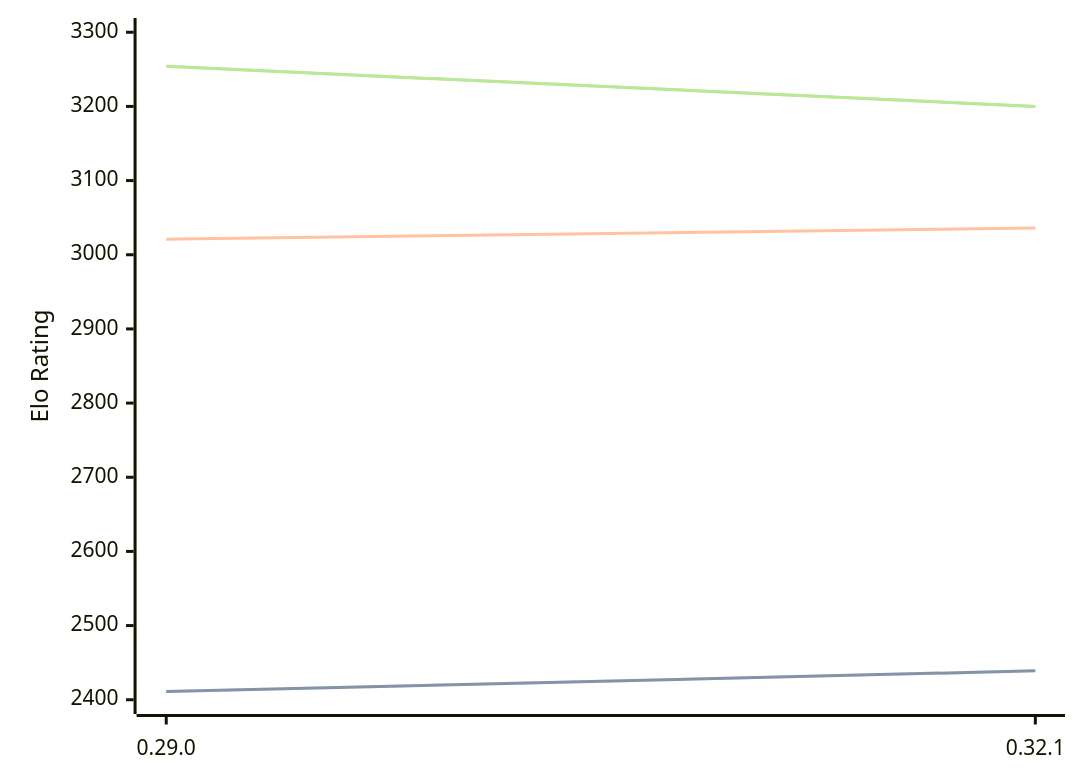
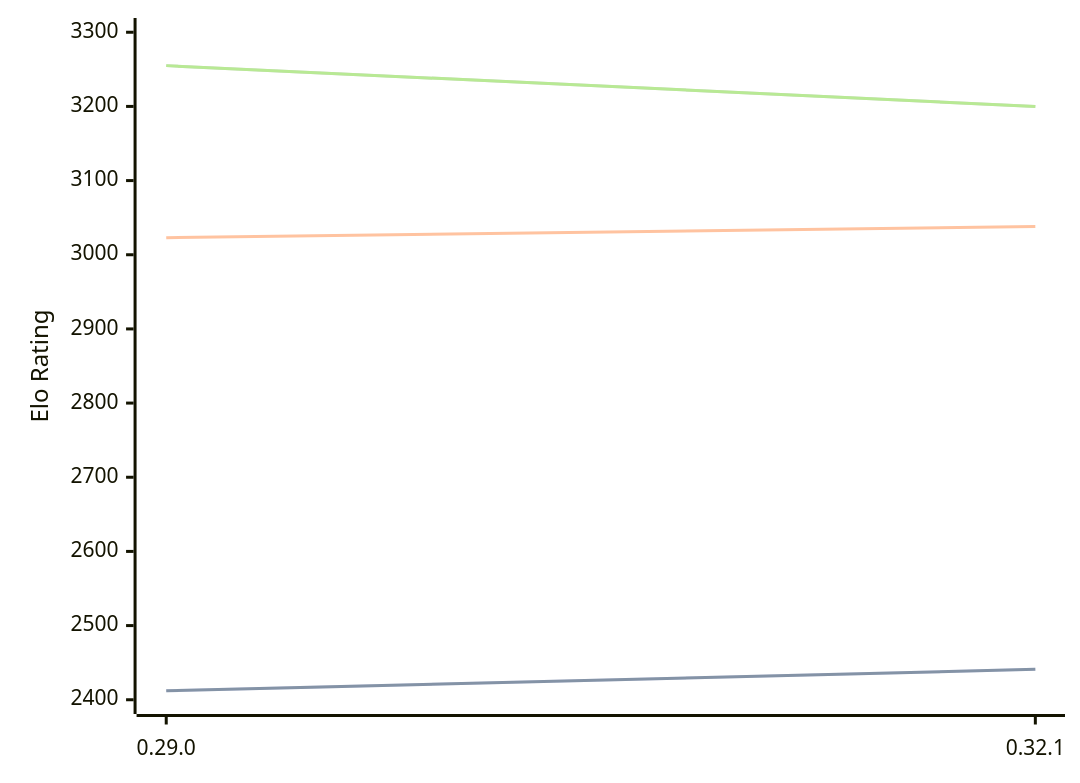
One commit to computer-chess-index/cci changed the diagram in engines/Lc0.md. Above: the diagram before and after it, drawn with Mermaid. The commit also changed other lines of this file, not shown here.

Commit message:
Update CCI Ratings (ELO VLTC) - 2026-04-07

````diff
--- a/engines/Lc0.md
+++ b/engines/Lc0.md
@@ -68,11 +68,11 @@
 ```mermaid
 %%{init: {"theme":"base","themeVariables":{"seriesColors:['#a3a3a3','#222221','#faa371']}}}%%
 xychart-beta
   x-axis ["0.29.0", "0.32.1"]
   y-axis "Elo Rating" 2400 --> 3300
-  line "STC (8.0+0.08s)" [2411, 2439]
-  line "STC (8.0+0.08s)" [2411, 2439]
-  line "LTC (60.0+0.60s)" [3021, 3036]
-  line "VLTC (2m24s+1.12s)" [3254, 3200]
-  line "VLTC (2m24s+1.12s)" [3254, 3200]
+  line "STC (8.0+0.08s)" [2412, 2441]
+  line "STC (8.0+0.08s)" [2412, 2441]
+  line "LTC (60.0+0.60s)" [3023, 3038]
+  line "VLTC (2m24s+1.12s)" [3255, 3200]
+  line "VLTC (2m24s+1.12s)" [3255, 3200]
 ```
````
